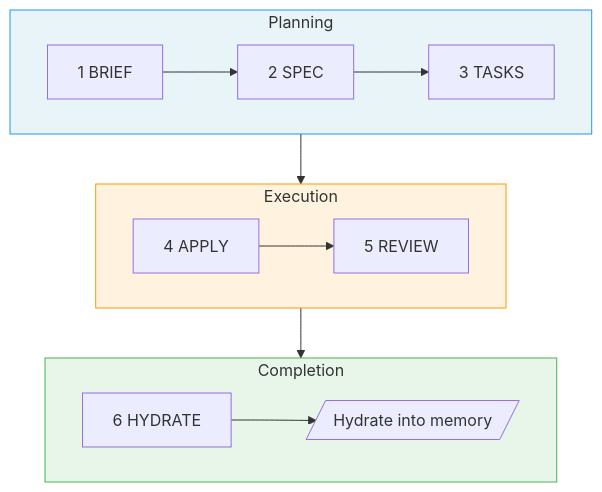
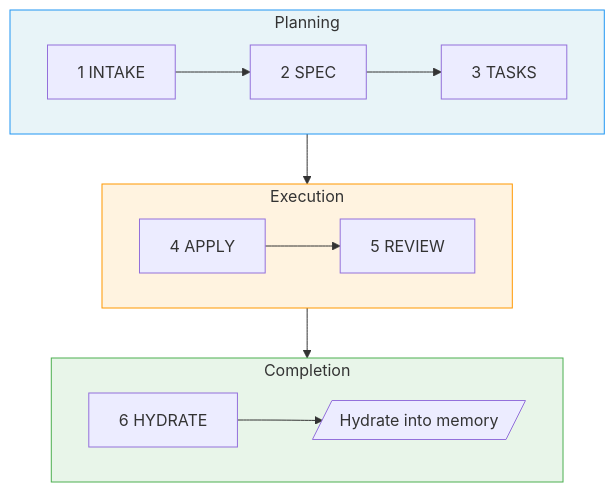
One commit to sahil87/fab-kit changed the first of 2 diagrams in docs/specs/overview.md. Above: the diagram before and after it, drawn with Mermaid. The commit also changed other lines of this file and 38 other files, not shown here.

First line of the commit message:
Rename brief stage to intake across fab-kit pipeline (#96)

````diff
--- a/docs/specs/overview.md
+++ b/docs/specs/overview.md
@@ -61,22 +61,22 @@
 ```mermaid
 flowchart TD
     subgraph planning ["Planning"]
         direction LR
-        B["1 BRIEF"] --> S["2 SPEC"] --> T["3 TASKS"]
+        B["1 INTAKE"] --> S["2 SPEC"] --> T["3 TASKS"]
     end
     subgraph execution ["Execution"]
         direction LR
         A["4 APPLY"] --> V["5 REVIEW"]
     end
     subgraph completion ["Completion"]
         direction LR
         AR["6 HYDRATE"] --> H[/"Hydrate into memory"/]
     end
 
     T --> A
     V --> AR
 
     style planning fill:#e8f4f8,stroke:#2196F3
     style execution fill:#fff3e0,stroke:#FF9800
     style completion fill:#e8f5e9,stroke:#4CAF50
 ```
````
